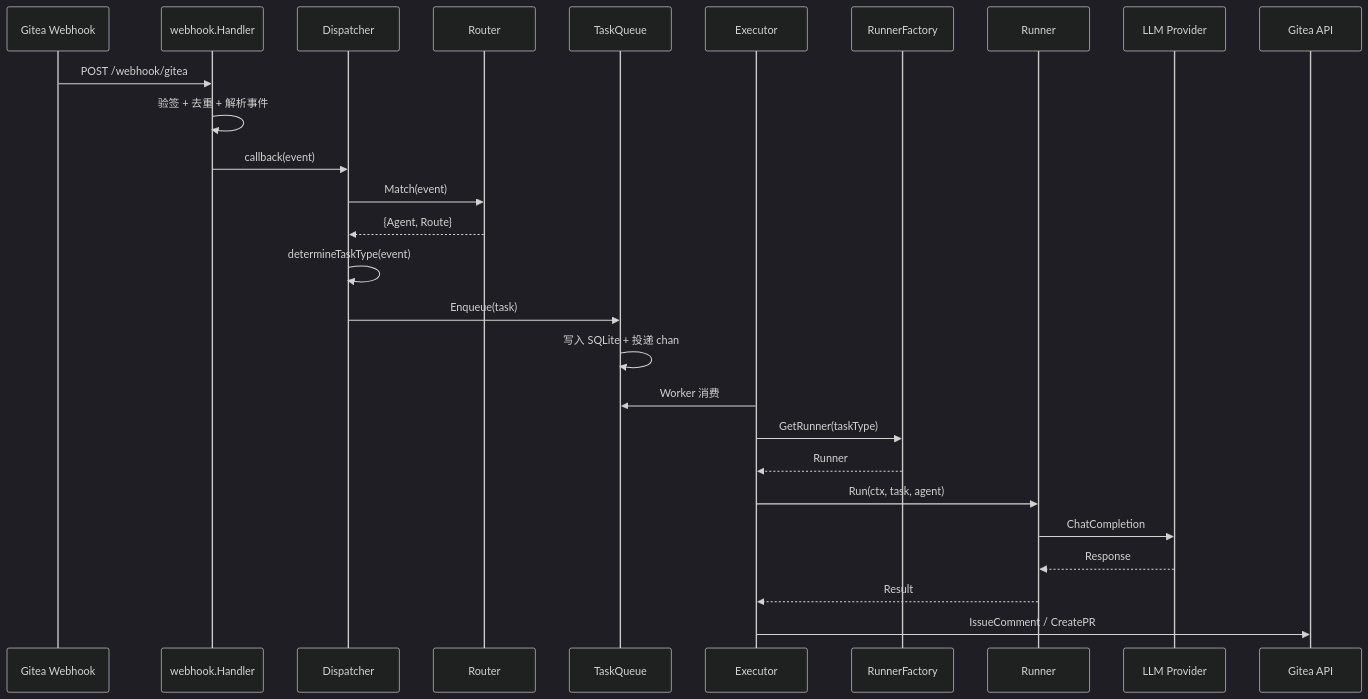
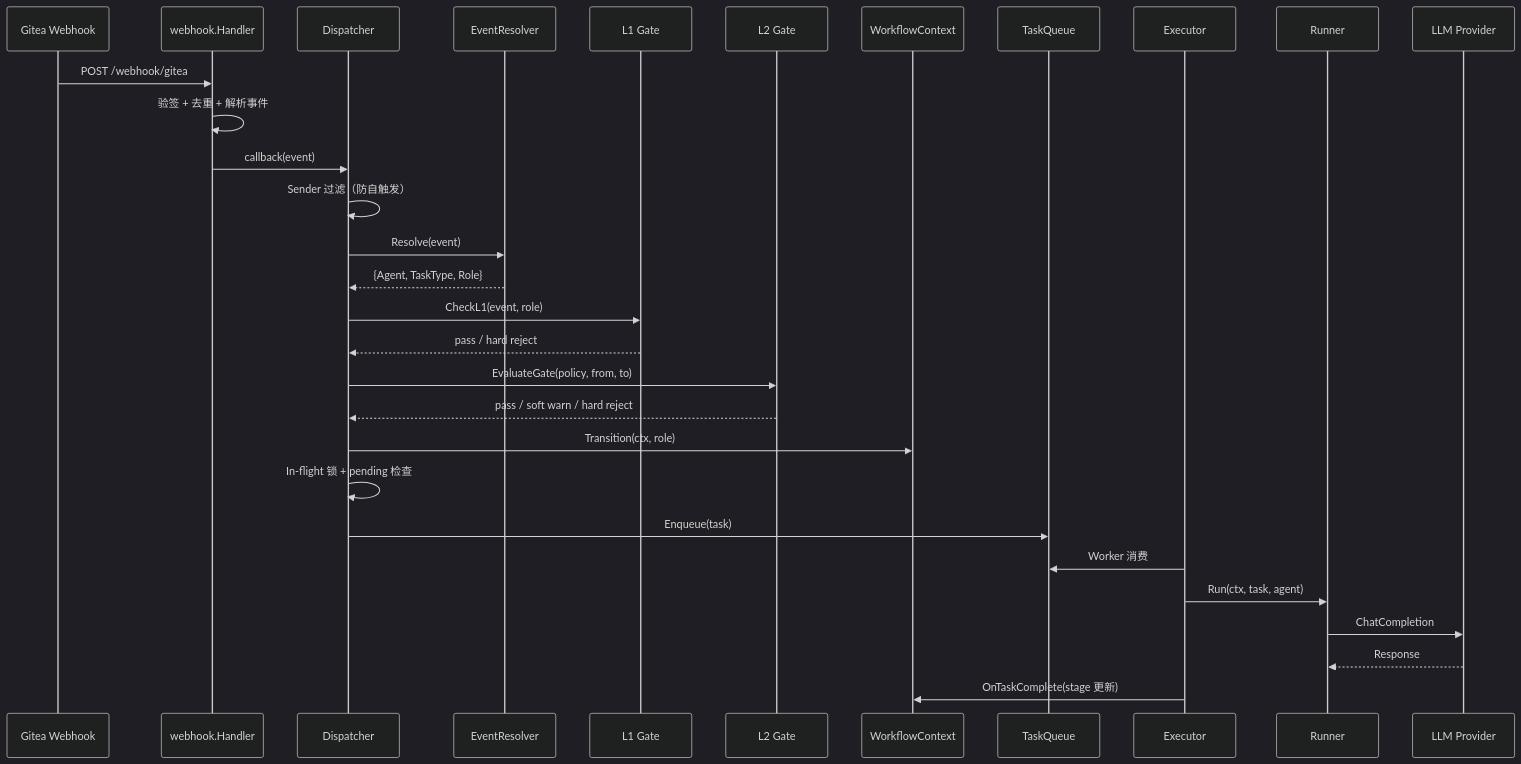
One commit to jeeinn/ai-dev changed the first of 6 diagrams in docs/ARCHITECTURE.md. Above: the diagram before and after it, drawn with Mermaid (dark theme). The commit also changed other lines of this file and 2 other files, not shown here.

````diff
--- a/docs/ARCHITECTURE.md
+++ b/docs/ARCHITECTURE.md
@@ -15,30 +16,33 @@
 ```mermaid
 sequenceDiagram
     participant G as Gitea Webhook
     participant H as webhook.Handler
     participant D as Dispatcher
-    participant R as Router
+    participant R as EventResolver
+    participant G1 as L1 Gate
+    participant G2 as L2 Gate
+    participant WF as WorkflowContext
     participant Q as TaskQueue
     participant E as Executor
-    participant RF as RunnerFactory
     participant Run as Runner
     participant LLM as LLM Provider
-    participant Git as Gitea API
 
     G->>H: POST /webhook/gitea
     H->>H: 验签 + 去重 + 解析事件
     H->>D: callback(event)
-    D->>R: Match(event)
-    R-->>D: {Agent, Route}
-    D->>D: determineTaskType(event)
+    D->>D: Sender 过滤（防自触发）
+    D->>R: Resolve(event)
+    R-->>D: {Agent, TaskType, Role}
+    D->>G1: CheckL1(event, role)
+    G1-->>D: pass / hard reject
+    D->>G2: EvaluateGate(policy, from, to)
+    G2-->>D: pass / soft warn / hard reject
+    D->>WF: Transition(ctx, role)
+    D->>D: In-flight 锁 + pending 检查
     D->>Q: Enqueue(task)
-    Q->>Q: 写入 SQLite + 投递 chan
     E->>Q: Worker 消费
-    E->>RF: GetRunner(taskType)
-    RF-->>E: Runner
     E->>Run: Run(ctx, task, agent)
     Run->>LLM: ChatCompletion
     LLM-->>Run: Response
-    Run-->>E: Result
-    E->>Git: IssueComment / CreatePR
+    E->>WF: OnTaskComplete(stage 更新)
 ```
````
